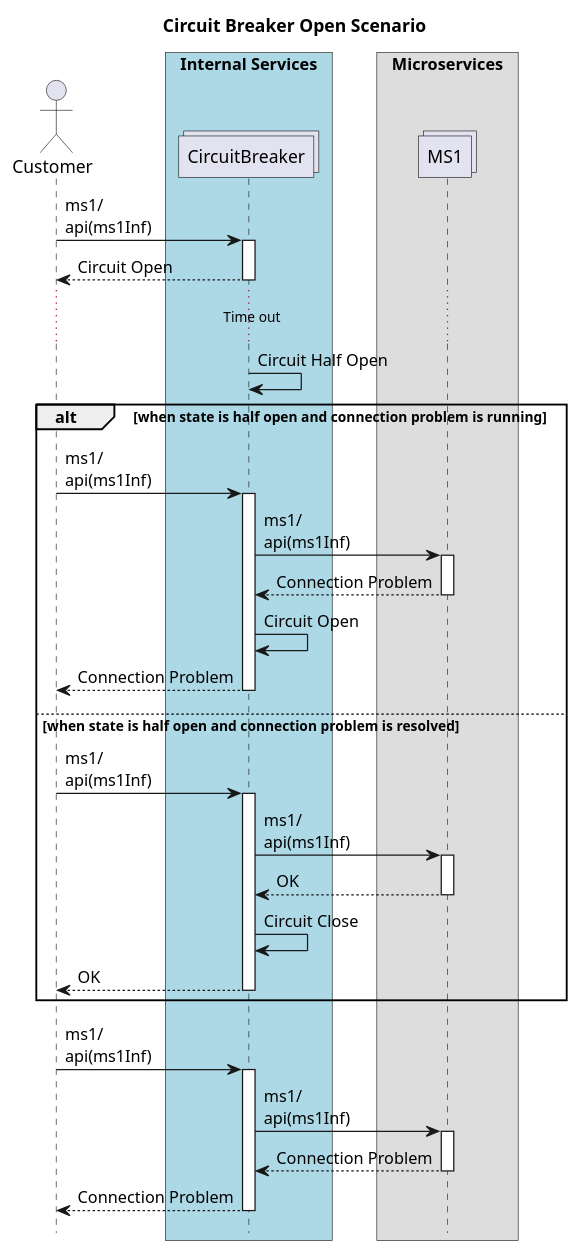
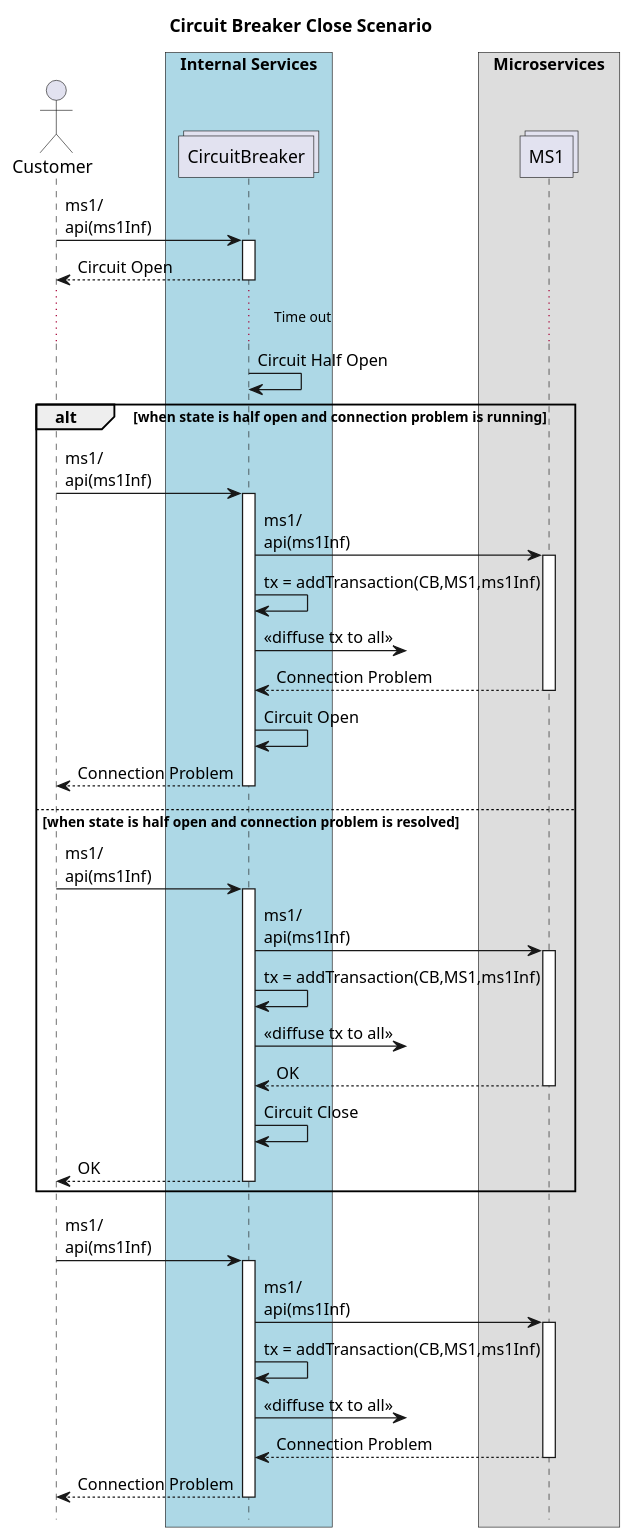
The diagram in 03 Service Circuit Breaker Half Open.wsd (naimyurek/microblockthesis), drawn with PlantUML before and after one commit. The commit also changed 7 other files, not shown here.

```diff
--- a/03 Service Circuit Breaker Half Open.wsd
+++ b/03 Service Circuit Breaker Half Open.wsd
@@ -1,51 +1,57 @@
 @startuml CustomerRegistrationScenario
 !pragma teoz true
 
-title "Circuit Breaker Open Scenario"
+title "Circuit Breaker Close Scenario"
 
 hide footbox
 actor Customer
 
 
 box "Internal Services" #LightBlue
 collections CircuitBreaker
 end box
 
 box "Microservices"
 collections MS1
 end box
 
 Customer -> CircuitBreaker ++ : ms1/\napi(ms1Inf)
 return Circuit Open
 
 ...Time out...
 CircuitBreaker -> CircuitBreaker: Circuit Half Open
 
 alt when state is half open and connection problem is running
 Customer -> CircuitBreaker ++ : ms1/\napi(ms1Inf)
 CircuitBreaker -> MS1 ++ : ms1/\napi(ms1Inf)
+CircuitBreaker -> CircuitBreaker: tx = addTransaction(CB,MS1,ms1Inf)
+CircuitBreaker ->? : << diffuse tx to all >>
 return Connection Problem
 CircuitBreaker -> CircuitBreaker: Circuit Open
 return Connection Problem
 
 else when state is half open and connection problem is resolved
 Customer -> CircuitBreaker ++ : ms1/\napi(ms1Inf)
 CircuitBreaker -> MS1 ++ : ms1/\napi(ms1Inf)
+CircuitBreaker -> CircuitBreaker: tx = addTransaction(CB,MS1,ms1Inf)
+CircuitBreaker ->? : << diffuse tx to all >>
 return OK
 CircuitBreaker -> CircuitBreaker: Circuit Close
 return OK
 end
 
 
 
 Customer -> CircuitBreaker ++ : ms1/\napi(ms1Inf)
 CircuitBreaker -> MS1 ++ : ms1/\napi(ms1Inf)
+CircuitBreaker -> CircuitBreaker: tx = addTransaction(CB,MS1,ms1Inf)
+CircuitBreaker ->? : << diffuse tx to all >>
 return Connection Problem
 return Connection Problem
 
 
 
 
 
 
 @enduml
```
